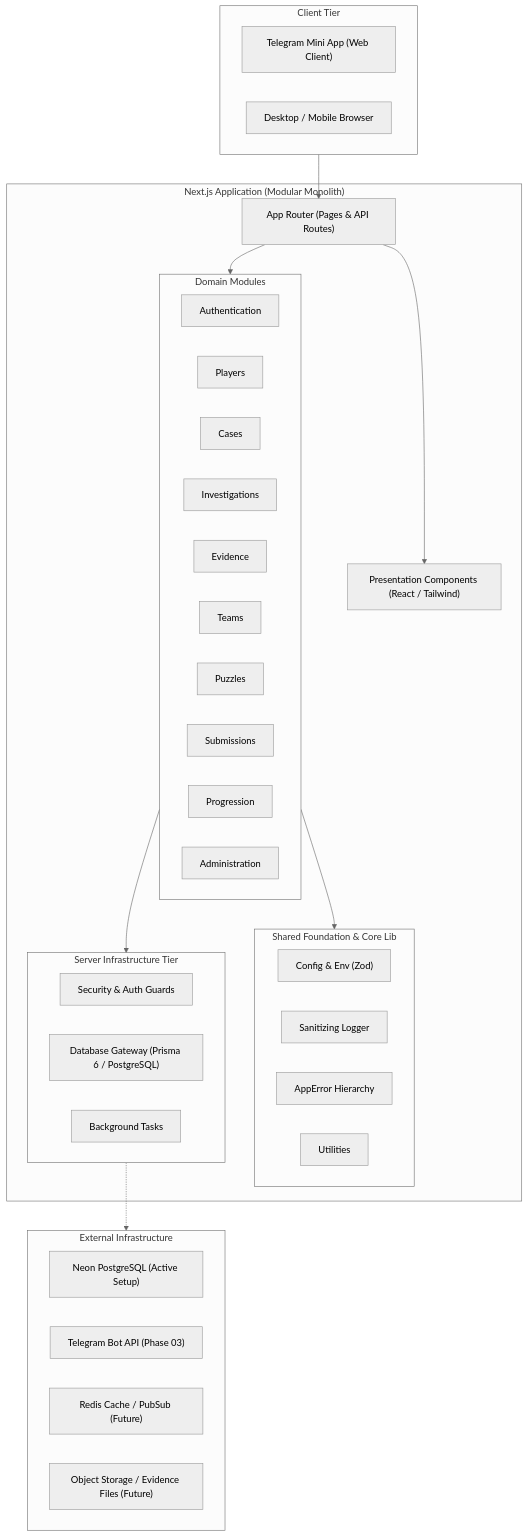
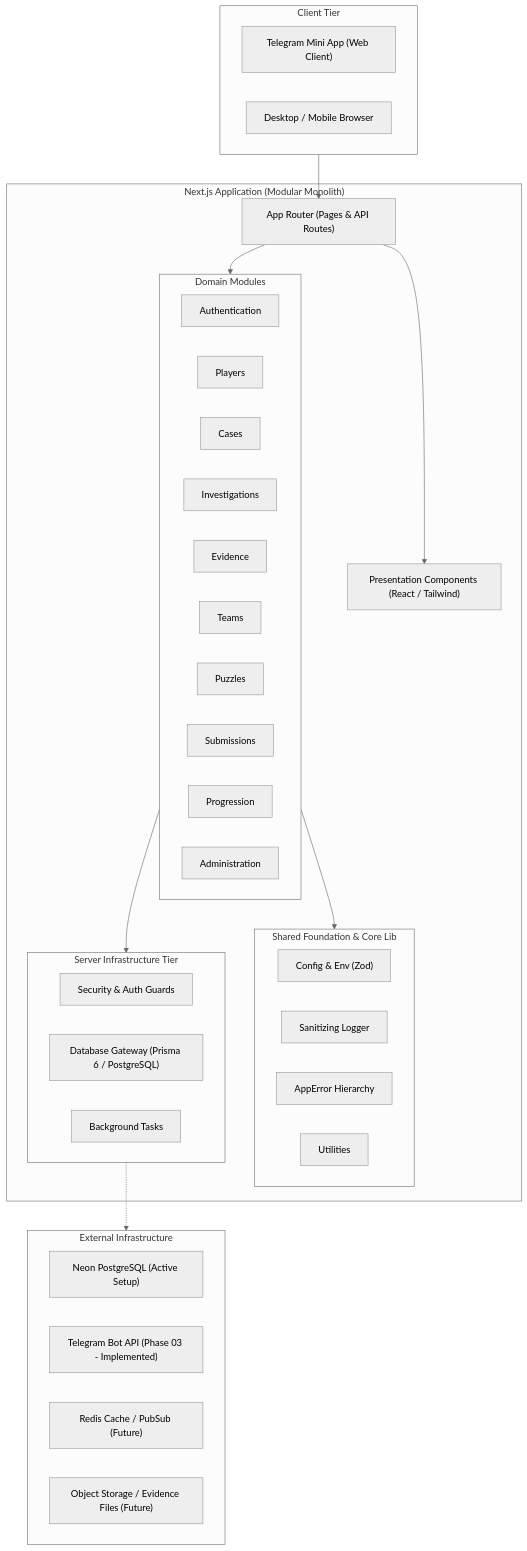
One commit to semre36/mystery-network changed the diagram in docs/ARCHITECTURE.md. Above: the diagram before and after it, drawn with Mermaid (neutral theme). The commit also changed other lines of this file and 25 other files, not shown here.

Commit message:
feat(phase-03): implement Telegram Bot integration and webhook architecture

````diff
--- a/docs/ARCHITECTURE.md
+++ b/docs/ARCHITECTURE.md
@@ -17,52 +17,52 @@
 ```mermaid
 flowchart TD
     subgraph Client["Client Tier"]
         TMA["Telegram Mini App (Web Client)"]
         WEB["Desktop / Mobile Browser"]
     end
 
     subgraph App["Next.js Application (Modular Monolith)"]
         UI["Presentation Components (React / Tailwind)"]
         ROUTING["App Router (Pages & API Routes)"]
 
         subgraph Modules["Domain Modules"]
             AUTH["Authentication"]
             PLAYERS["Players"]
             CASES["Cases"]
             INVEST["Investigations"]
             EVID["Evidence"]
             TEAMS["Teams"]
             PUZZLES["Puzzles"]
             SUBMIT["Submissions"]
             PROG["Progression"]
             ADMIN["Administration"]
         end
 
         subgraph CoreLib["Shared Foundation & Core Lib"]
             CONFIG["Config & Env (Zod)"]
             LOGGER["Sanitizing Logger"]
             ERRORS["AppError Hierarchy"]
             UTILS["Utilities"]
         end
 
         subgraph ServerInfra["Server Infrastructure Tier"]
             SEC["Security & Auth Guards"]
             DB_ACCESS["Database Gateway (Prisma 6 / PostgreSQL)"]
             JOB_QUEUE["Background Tasks"]
         end
     end
 
     subgraph External["External Infrastructure"]
         NEON["Neon PostgreSQL (Active Setup)"]
-        TG_API["Telegram Bot API (Phase 03)"]
+        TG_API["Telegram Bot API (Phase 03 - Implemented)"]
         REDIS["Redis Cache / PubSub (Future)"]
         S3["Object Storage / Evidence Files (Future)"]
     end
 
     Client --> ROUTING
     ROUTING --> UI
     ROUTING --> Modules
     Modules --> CoreLib
     Modules --> ServerInfra
     ServerInfra -.-> External
 ```
````
